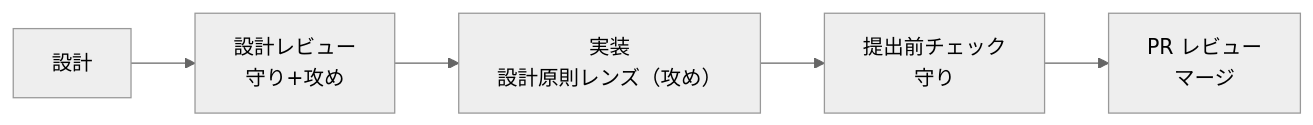
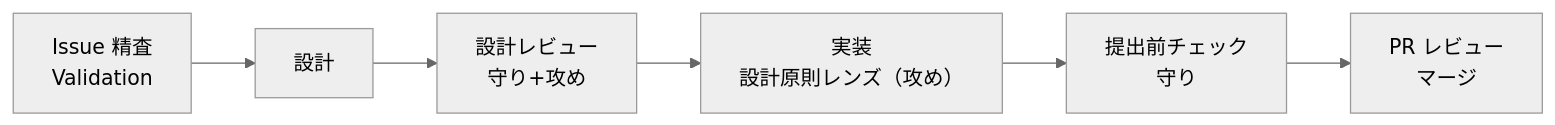
One commit to ka2kama/ringiflow changed the third of 4 diagrams in README.md. Above: the diagram before and after it, drawn with Mermaid (neutral theme). The commit also changed other lines of this file and 4 other files, not shown here.

````diff
--- a/README.md
+++ b/README.md
@@ -123,7 +130,7 @@
 ```mermaid
 flowchart LR
-    A["設計"] --> B["設計レビュー<br/>守り+攻め"]
-    B --> C["実装<br/>設計原則レンズ（攻め）"]
-    C --> D["提出前チェック<br/>守り"]
-    D --> E["PR レビュー<br/>マージ"]
+    A["Issue 精査<br/>Validation"] --> B["設計"] --> C["設計レビュー<br/>守り+攻め"]
+    C --> D["実装<br/>設計原則レンズ（攻め）"]
+    D --> E["提出前チェック<br/>守り"]
+    E --> F["PR レビュー<br/>マージ"]
 ```
````
